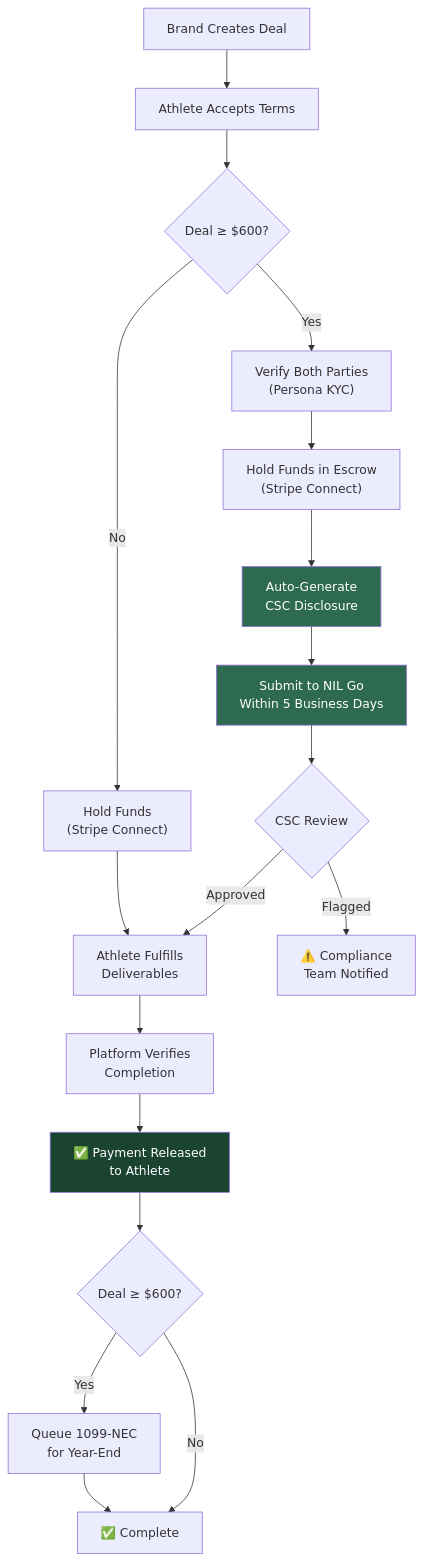
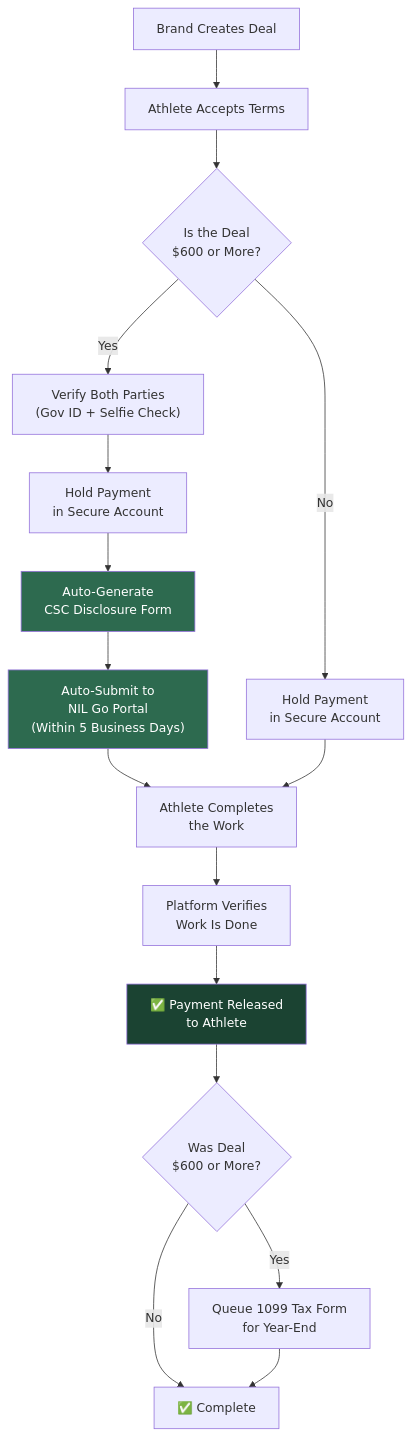
The fifth of 13 diagrams in STRATEGY.md (huttonbenj/The-Prowler), drawn with Mermaid before and after one commit. The commit also changed other lines of this file and 1 other file, not shown here.

````diff
--- a/STRATEGY.md
+++ b/STRATEGY.md
@@ -257,27 +153,25 @@
 ```mermaid
 flowchart TB
     START["Brand Creates Deal"] --> ACCEPT["Athlete Accepts Terms"]
-    ACCEPT --> CHECK{"Deal ≥ $600?"}
+    ACCEPT --> CHECK{"Is the Deal<br/>$600 or More?"}
 
-    CHECK -- Yes --> KYC["Verify Both Parties<br/>(Persona KYC)"]
-    KYC --> ESCROW["Hold Funds in Escrow<br/>(Stripe Connect)"]
-    ESCROW --> DISCLOSE["Auto-Generate<br/>CSC Disclosure"]
-    DISCLOSE --> SUBMIT["Submit to NIL Go<br/>Within 5 Business Days"]
-    SUBMIT --> REVIEW{"CSC Review"}
-    REVIEW -- Approved --> FULFILL["Athlete Fulfills<br/>Deliverables"]
-    REVIEW -- Flagged --> ALERT["⚠️ Compliance<br/>Team Notified"]
+    CHECK -- Yes --> KYC["Verify Both Parties<br/>(Gov ID + Selfie Check)"]
+    KYC --> ESCROW["Hold Payment<br/>in Secure Account"]
+    ESCROW --> DISCLOSE["Auto-Generate<br/>CSC Disclosure Form"]
+    DISCLOSE --> SUBMIT["Auto-Submit to<br/>NIL Go Portal<br/>(Within 5 Business Days)"]
+    SUBMIT --> FULFILL["Athlete Completes<br/>the Work"]
 
-    CHECK -- No --> ESCROW_SMALL["Hold Funds<br/>(Stripe Connect)"]
-    ESCROW_SMALL --> FULFILL
+    CHECK -- No --> ESCROW_S["Hold Payment<br/>in Secure Account"]
+    ESCROW_S --> FULFILL
 
-    FULFILL --> VERIFY["Platform Verifies<br/>Completion"]
+    FULFILL --> VERIFY["Platform Verifies<br/>Work Is Done"]
     VERIFY --> RELEASE["✅ Payment Released<br/>to Athlete"]
-    RELEASE --> TAX{"Deal ≥ $600?"}
-    TAX -- Yes --> FORM["Queue 1099-NEC<br/>for Year-End"]
+    RELEASE --> TAX{"Was Deal<br/>$600 or More?"}
+    TAX -- Yes --> FORM["Queue 1099 Tax Form<br/>for Year-End"]
     TAX -- No --> DONE["✅ Complete"]
     FORM --> DONE
 
     style DISCLOSE fill:#2d6a4f,color:#fff
     style SUBMIT fill:#2d6a4f,color:#fff
     style RELEASE fill:#1b4332,color:#fff
 ```
````
